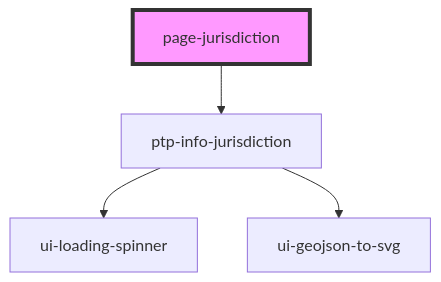
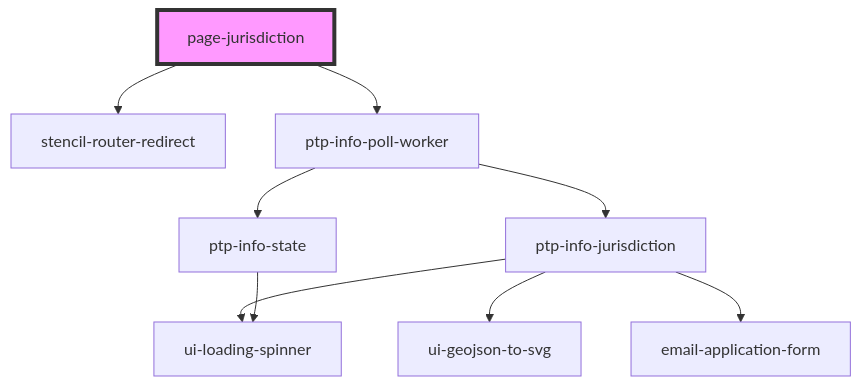
One commit to pizza-to-the-polls/power-the-polls changed the diagram in site/src/components/page-jurisdiction/readme.md. Above: the diagram before and after it, drawn with Mermaid. The commit also changed other lines of this file and 6 other files, not shown here.

````diff
--- a/site/src/components/page-jurisdiction/readme.md
+++ b/site/src/components/page-jurisdiction/readme.md
@@ -22,7 +23,12 @@
 ```mermaid
 graph TD;
-  page-jurisdiction --> ptp-info-jurisdiction
+  page-jurisdiction --> stencil-router-redirect
+  page-jurisdiction --> ptp-info-poll-worker
+  ptp-info-poll-worker --> ptp-info-jurisdiction
+  ptp-info-poll-worker --> ptp-info-state
   ptp-info-jurisdiction --> ui-loading-spinner
   ptp-info-jurisdiction --> ui-geojson-to-svg
+  ptp-info-jurisdiction --> email-application-form
+  ptp-info-state --> ui-loading-spinner
   style page-jurisdiction fill:#f9f,stroke:#333,stroke-width:4px
 ```
````
